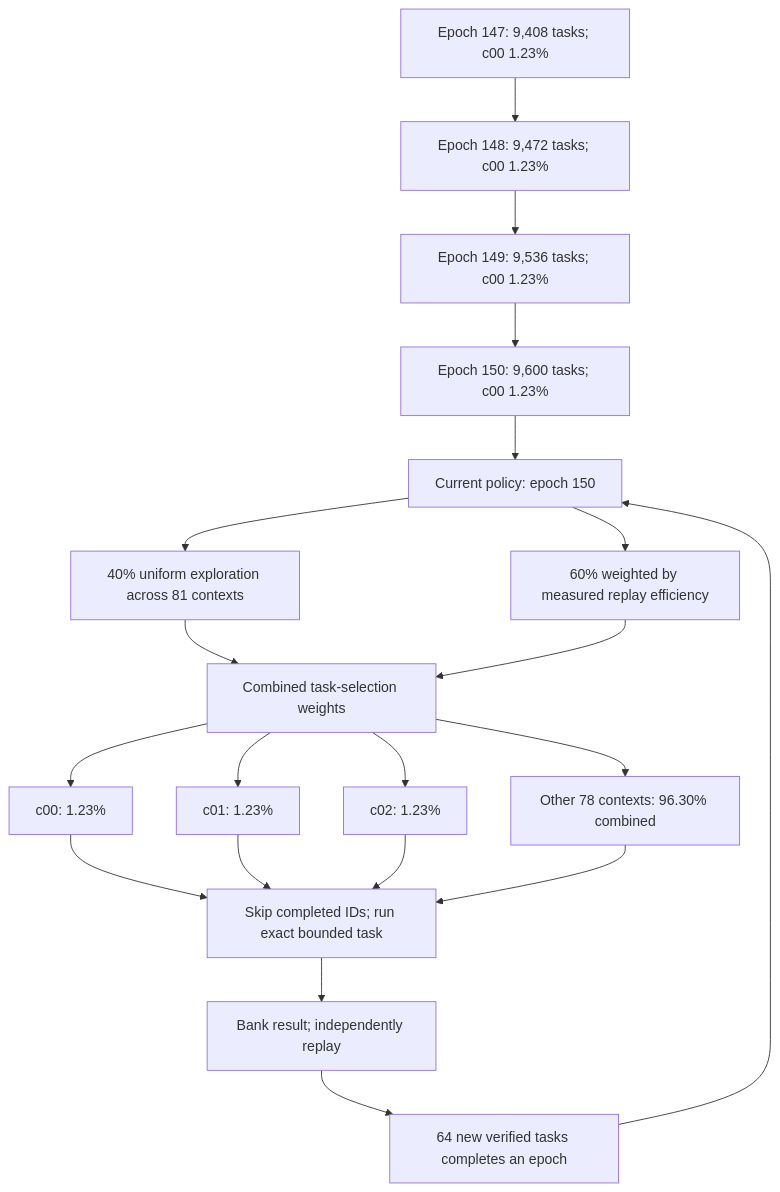
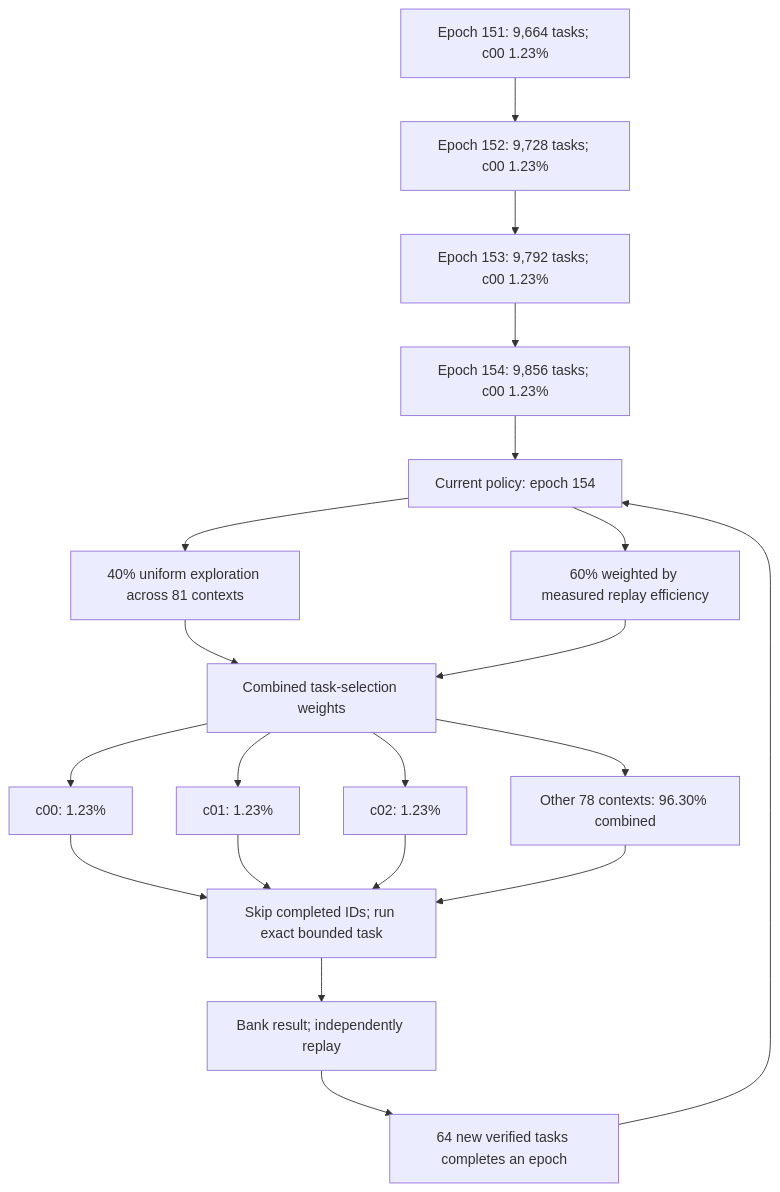
Before and after one commit to Kuberwastaken/math-gambling: the diagram in README.md, drawn with Mermaid. The commit also changed other lines of this file and 598 other files, not shown here.

````diff
--- a/README.md
+++ b/README.md
@@ -49,27 +49,27 @@
 ```mermaid
 flowchart TD
-    H0["Epoch 147: 9,408 tasks; c00 1.23%"]
-    H1["Epoch 148: 9,472 tasks; c00 1.23%"]
+    H0["Epoch 151: 9,664 tasks; c00 1.23%"]
+    H1["Epoch 152: 9,728 tasks; c00 1.23%"]
     H0 --> H1
-    H2["Epoch 149: 9,536 tasks; c00 1.23%"]
+    H2["Epoch 153: 9,792 tasks; c00 1.23%"]
     H1 --> H2
-    H3["Epoch 150: 9,600 tasks; c00 1.23%"]
+    H3["Epoch 154: 9,856 tasks; c00 1.23%"]
     H2 --> H3
-    Policy["Current policy: epoch 150"]
+    Policy["Current policy: epoch 154"]
     H3 --> Policy
     Policy --> Explore["40% uniform exploration across 81 contexts"]
     Policy --> Cost["60% weighted by measured replay efficiency"]
     Explore --> Mix["Combined task-selection weights"]
     Cost --> Mix
     Mix --> C0["c00: 1.23%"]
     Mix --> C1["c01: 1.23%"]
     Mix --> C2["c02: 1.23%"]
     Mix --> Rest["Other 78 contexts: 96.30% combined"]
     C0 --> Check["Skip completed IDs; run exact bounded task"]
     C1 --> Check
     C2 --> Check
     Rest --> Check
     Check --> Replay["Bank result; independently replay"]
     Replay --> Gate["64 new verified tasks completes an epoch"]
     Gate --> Policy
 ```
````
